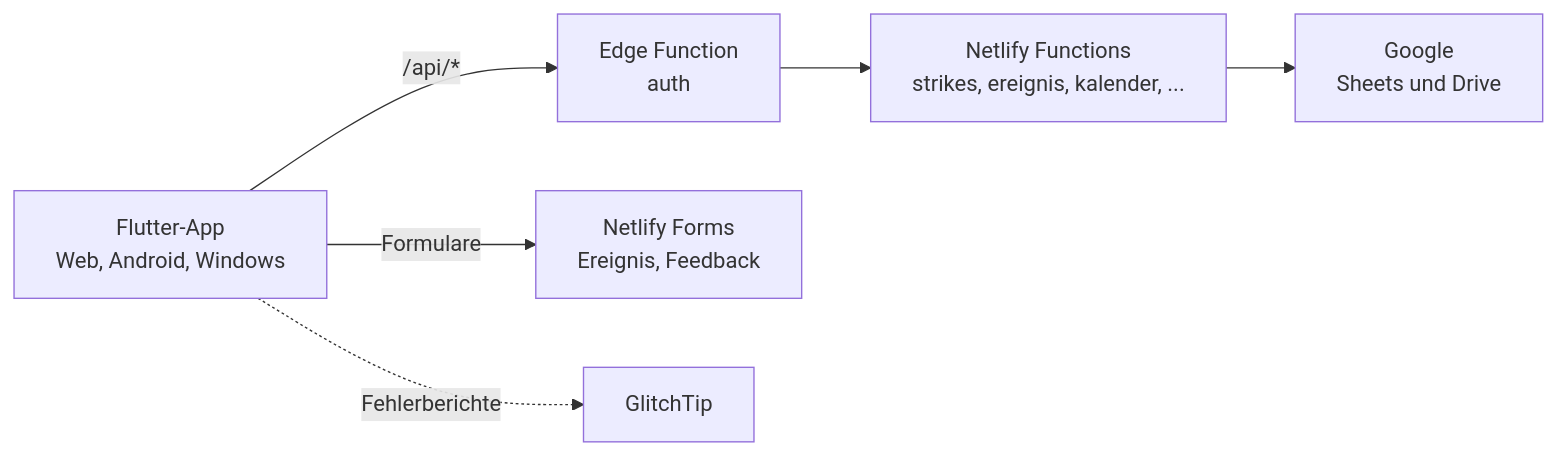
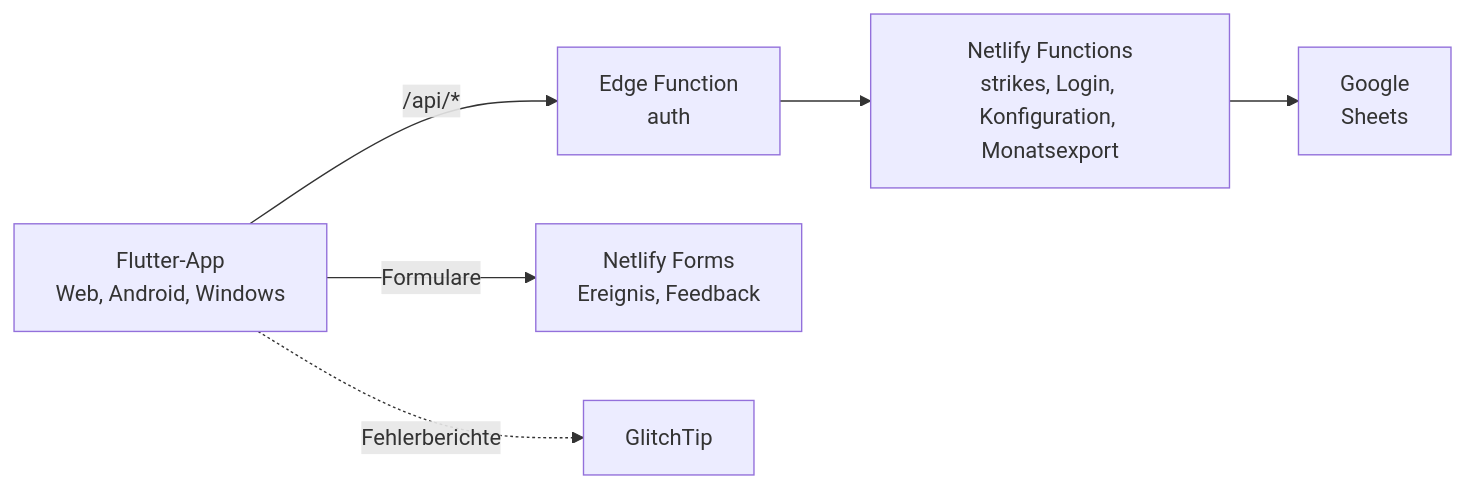
The diagram in README.md (flohulo/jublapp), drawn with Mermaid before and after one commit. The commit also changed 5 other files, not shown here.

Commit message:
chore: ungenutzte backend-functions ereignis und kalender entfernen (#55)

````diff
--- a/README.md
+++ b/README.md
@@ -33,8 +33,8 @@
 ```mermaid
 flowchart LR
     App["Flutter-App<br/>Web, Android, Windows"] -->|"/api/*"| Edge["Edge Function<br/>auth"]
-    Edge --> Fn["Netlify Functions<br/>strikes, ereignis, kalender, ..."]
-    Fn --> Google["Google<br/>Sheets und Drive"]
+    Edge --> Fn["Netlify Functions<br/>strikes, Login, Konfiguration, Monatsexport"]
+    Fn --> Google["Google<br/>Sheets"]
     App -->|"Formulare"| Forms["Netlify Forms<br/>Ereignis, Feedback"]
     App -.->|"Fehlerberichte"| GT["GlitchTip"]
 ```
````
